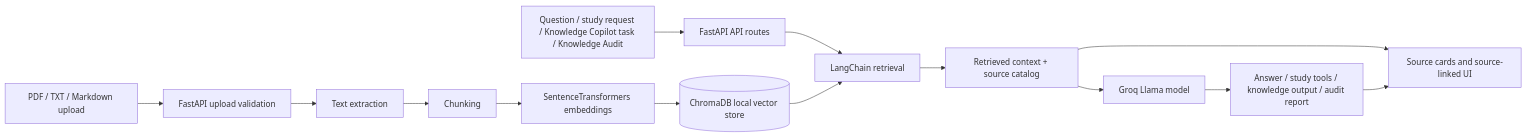
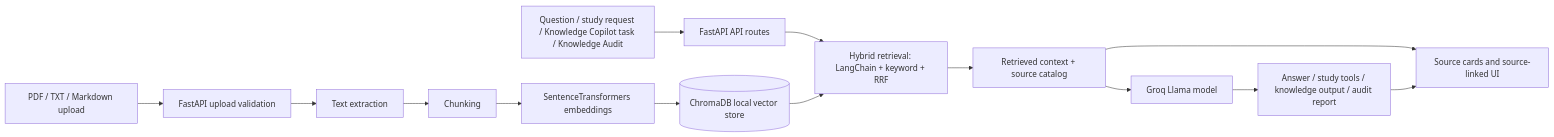
The diagram in README.md (berna-ahito/kroma), drawn with Mermaid before and after one commit. The commit also changed other lines of this file, not shown here.

````diff
--- a/README.md
+++ b/README.md
@@ -58,17 +58,17 @@
 ```mermaid
 flowchart LR
     A[PDF / TXT / Markdown upload] --> B[FastAPI upload validation]
     B --> C[Text extraction]
     C --> D[Chunking]
     D --> E[SentenceTransformers embeddings]
     E --> F[(ChromaDB local vector store)]
 
     G[Question / study request / Knowledge Copilot task / Knowledge Audit] --> H[FastAPI API routes]
-    H --> I[LangChain retrieval]
+    H --> I[Hybrid retrieval: LangChain + keyword + RRF]
     F --> I
     I --> J[Retrieved context + source catalog]
     J --> K[Groq Llama model]
     K --> L[Answer / study tools / knowledge output / audit report]
     J --> M[Source cards and source-linked UI]
     L --> M
 ```
````
